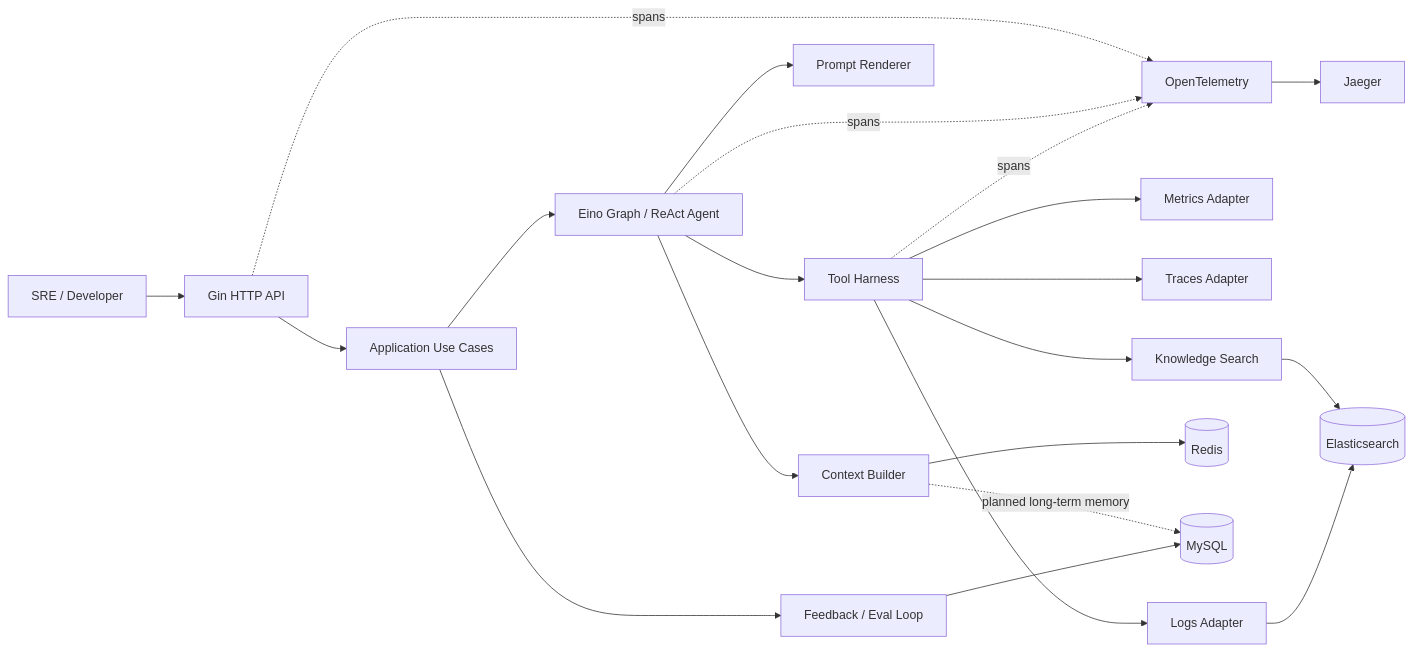
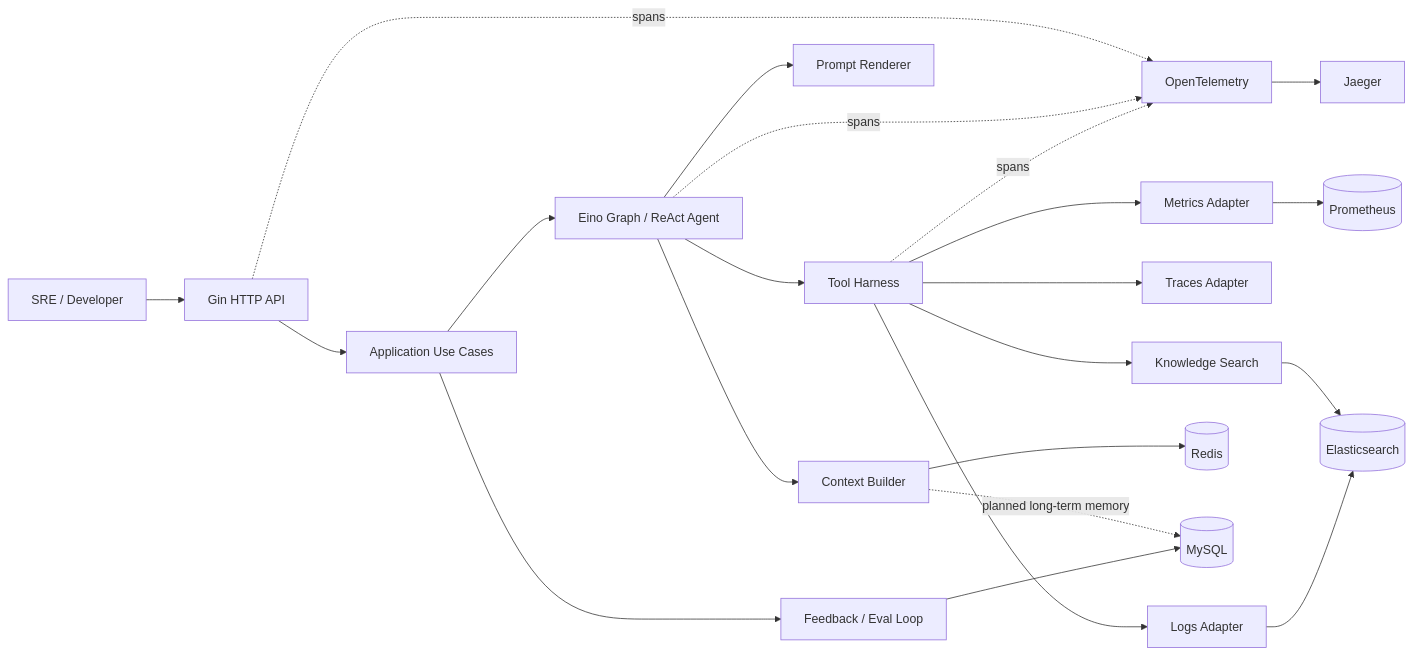
The first of 3 diagrams in docs/ARCHITECTURE.md (jiawei-wang-dev/WatchOps-Lite), drawn with Mermaid before and after one commit. The commit also changed other lines of this file and 34 other files, not shown here.

Commit message:
add Prometheus-backed metrics tool

````diff
--- a/docs/ARCHITECTURE.md
+++ b/docs/ARCHITECTURE.md
@@ -7,23 +7,24 @@
 ```mermaid
 flowchart LR
     U["SRE / Developer"] --> API["Gin HTTP API"]
     API --> APP["Application Use Cases"]
     APP --> AGENT["Eino Graph / ReAct Agent"]
     AGENT --> CTX["Context Builder"]
     AGENT --> PROMPT["Prompt Renderer"]
     AGENT --> HARNESS["Tool Harness"]
     HARNESS --> LOGS["Logs Adapter"]
     HARNESS --> METRICS["Metrics Adapter"]
     HARNESS --> TRACES["Traces Adapter"]
     HARNESS --> RAG["Knowledge Search"]
     CTX --> REDIS[("Redis")]
     CTX -. planned long-term memory .-> MYSQL[("MySQL")]
     RAG --> ES[("Elasticsearch")]
     LOGS --> ES
+    METRICS --> PROM[("Prometheus")]
     APP --> FEEDBACK["Feedback / Eval Loop"]
     FEEDBACK --> MYSQL
     API -. spans .-> OTEL["OpenTelemetry"]
     AGENT -. spans .-> OTEL
     HARNESS -. spans .-> OTEL
     OTEL --> JAEGER["Jaeger"]
 ```
````
